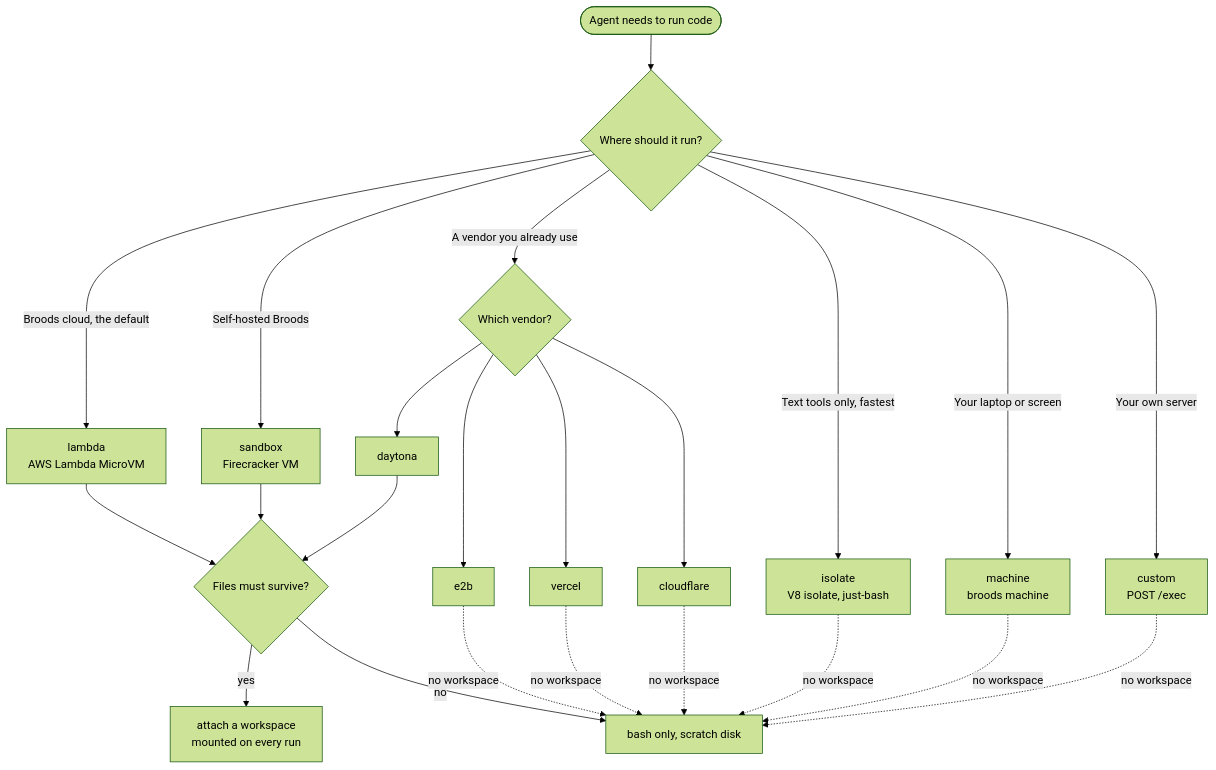
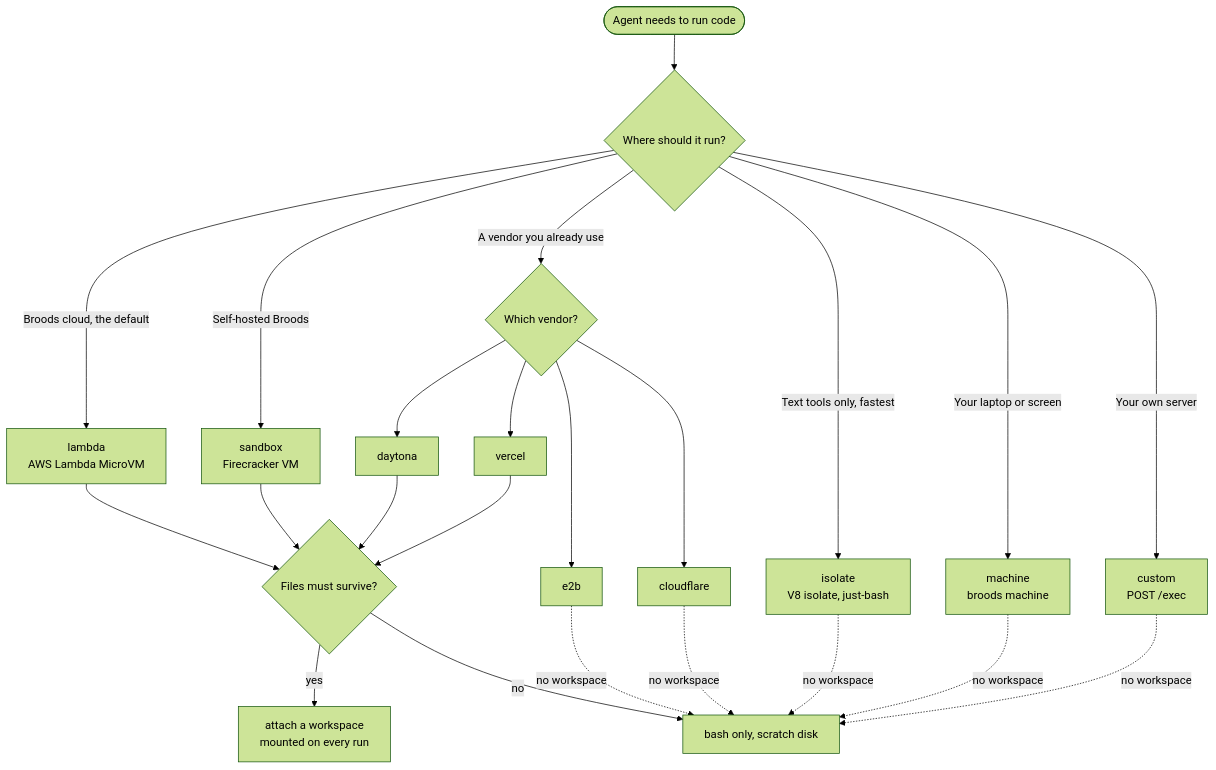
One commit to beeblastco/broods changed the first of 2 diagrams in apps/docs/docs/guides/sandboxes/index.md. Above: the diagram before and after it, drawn with Mermaid (forest theme). The commit also changed other lines of this file and 13 other files, not shown here.

````diff
--- a/apps/docs/docs/guides/sandboxes/index.md
+++ b/apps/docs/docs/guides/sandboxes/index.md
@@ -42,25 +42,25 @@
 ```mermaid
 flowchart TD
   A([Agent needs to run code]) --> B{Where should it run?}
   B -->|Broods cloud, the default| L["lambda<br/>AWS Lambda MicroVM"]
   B -->|Self-hosted Broods| S["sandbox<br/>Firecracker VM"]
   B -->|A vendor you already use| V{Which vendor?}
   V --> D[daytona]
   V --> E[e2b]
   V --> VC[vercel]
   V --> CF[cloudflare]
   B -->|Text tools only, fastest| I["isolate<br/>V8 isolate, just-bash"]
   B -->|Your laptop or screen| M["machine<br/>broods machine"]
   B -->|Your own server| C["custom<br/>POST /exec"]
   L --> W{Files must survive?}
   S --> W
   D --> W
+  VC --> W
   W -->|yes| WS["attach a workspace<br/>mounted on every run"]
   W -->|no| NB[bash only, scratch disk]
   E -.->|no workspace| NB
-  VC -.->|no workspace| NB
   CF -.->|no workspace| NB
   I -.->|no workspace| NB
   M -.->|no workspace| NB
   C -.->|no workspace| NB
 ```
````
